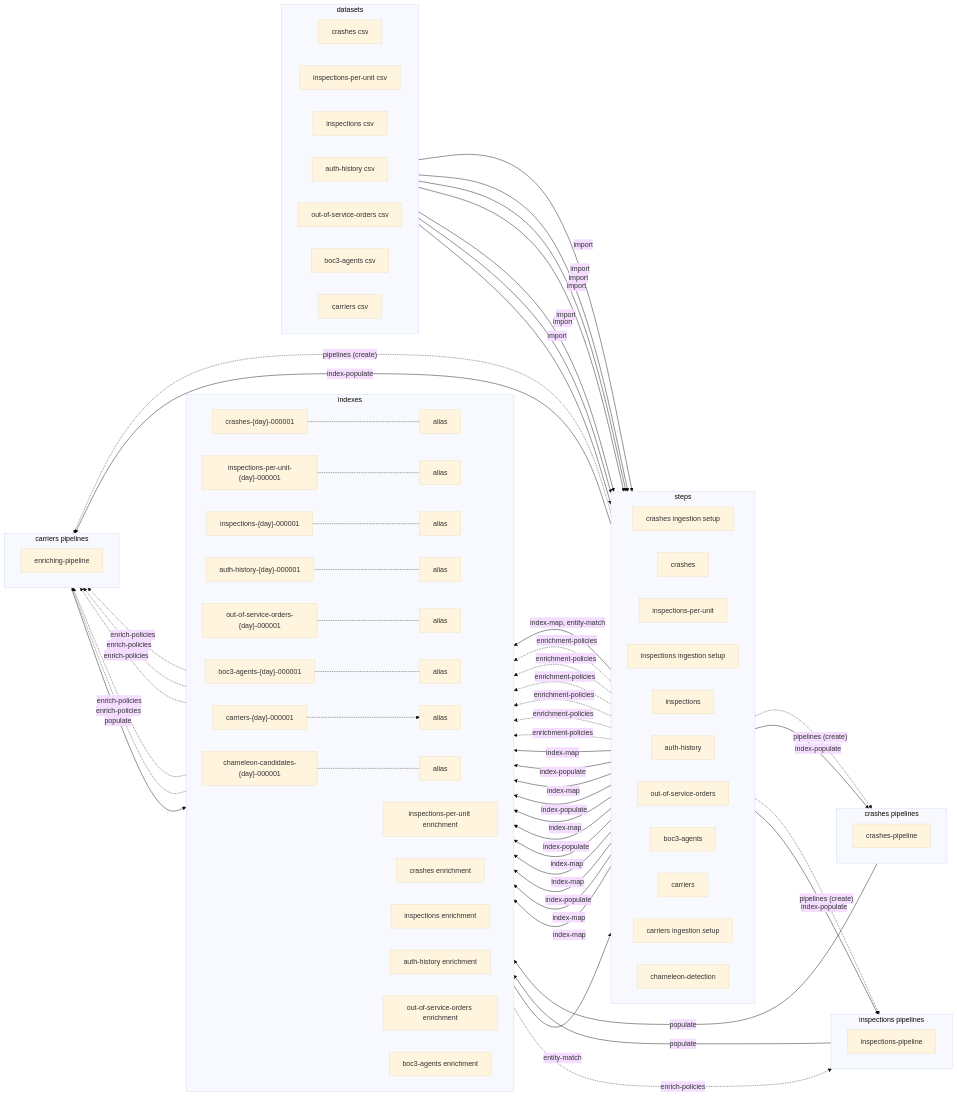
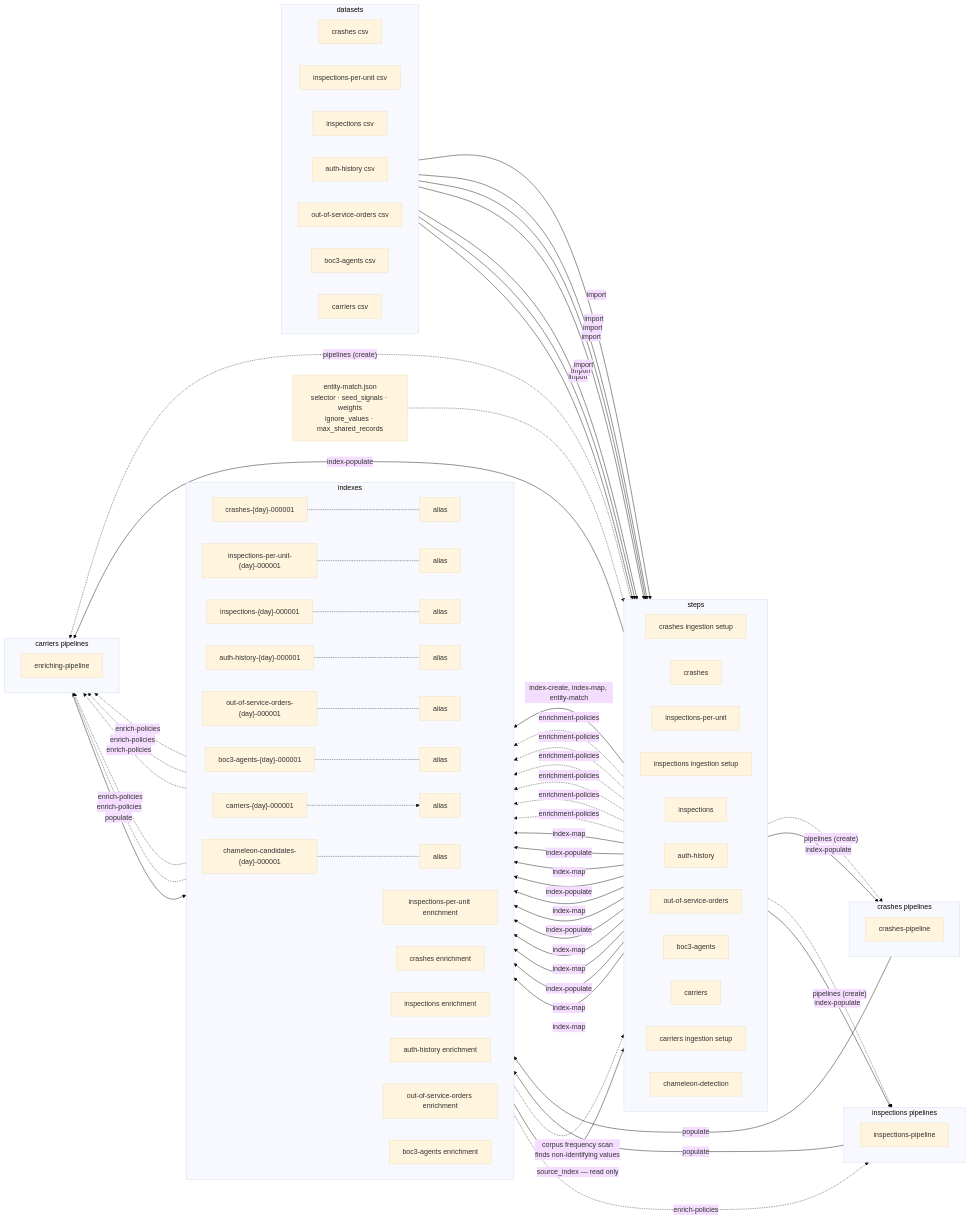
Before and after one commit to freemansoft/entitopia: the second of 2 diagrams in DOT-Commercial/README.md, drawn with Mermaid (base theme). The commit also changed other lines of this file and 2 other files, not shown here.

First line of the commit message:
Label output as an Elasticsearch index; flag record counts as point-in-time

````diff
--- a/DOT-Commercial/README.md
+++ b/DOT-Commercial/README.md
@@ -271,8 +279,10 @@
     carriers-ingestion-setup-step -.->|enrichment-policies| boc3-enrichment-index
     carriers-ingestion-setup-step -.->|"pipelines (create)"| enriching-pipeline
 
-    carriers-index -->|entity-match| chameleon-step
-    chameleon-step -->|"index-map, entity-match"| chameleon-index
+    carriers-index -->|"source_index — read only"| chameleon-step
+    chameleon-step -->|"index-create, index-map, entity-match"| chameleon-index
+    entity-match-config["entity-match.json<br/>selector · seed_signals · weights<br/>ignore_values · max_shared_records"] -.-> chameleon-step
+    carriers-index -.->|"corpus frequency scan<br/>finds non-identifying values"| chameleon-step
 
 
 ```
````
